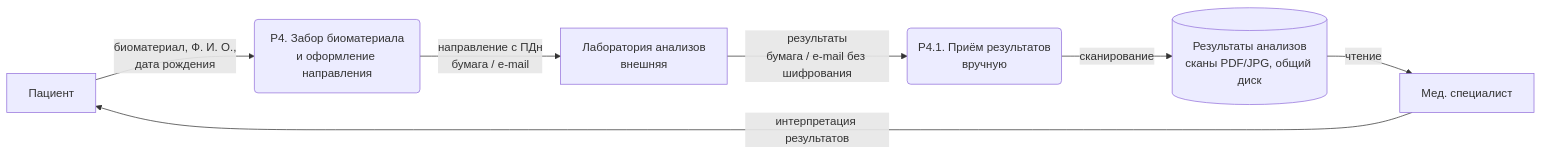
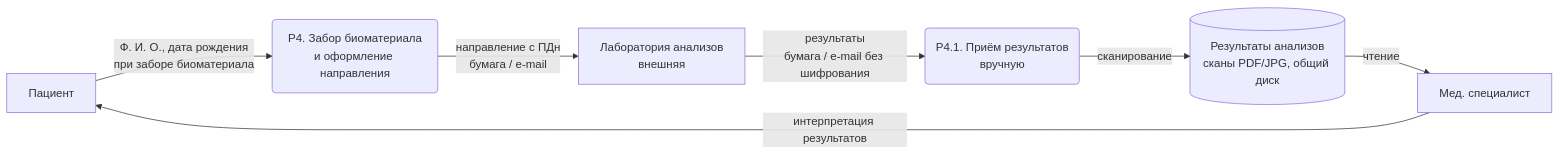
Before and after one commit to jkurb/architecture-medikamente: the fourth of 7 diagrams in Task1/02-dfd-as-is.md, drawn with Mermaid. The commit also changed other lines of this file and 6 other files, not shown here.

````diff
--- a/Task1/02-dfd-as-is.md
+++ b/Task1/02-dfd-as-is.md
@@ -68,16 +68,16 @@
 ```mermaid
 flowchart LR
     PAT[Пациент]
     LAB[Лаборатория анализов<br/>внешняя]
     TAKE(P4. Забор биоматериала<br/>и оформление направления)
     RES(P4.1. Приём результатов<br/>вручную)
     SCAN[(Результаты анализов<br/>сканы PDF/JPG, общий диск)]
     DOC[Мед. специалист]
 
-    PAT -- "биоматериал, Ф. И. О.,<br/>дата рождения" --> TAKE
+    PAT -- "Ф. И. О., дата рождения<br/>при заборе биоматериала" --> TAKE
     TAKE -- "направление с ПДн<br/>бумага / e-mail" --> LAB
     LAB -- "результаты<br/>бумага / e-mail без шифрования" --> RES
     RES -- "сканирование" --> SCAN
     SCAN -- "чтение" --> DOC
     DOC -- "интерпретация результатов" --> PAT
 ```
````
